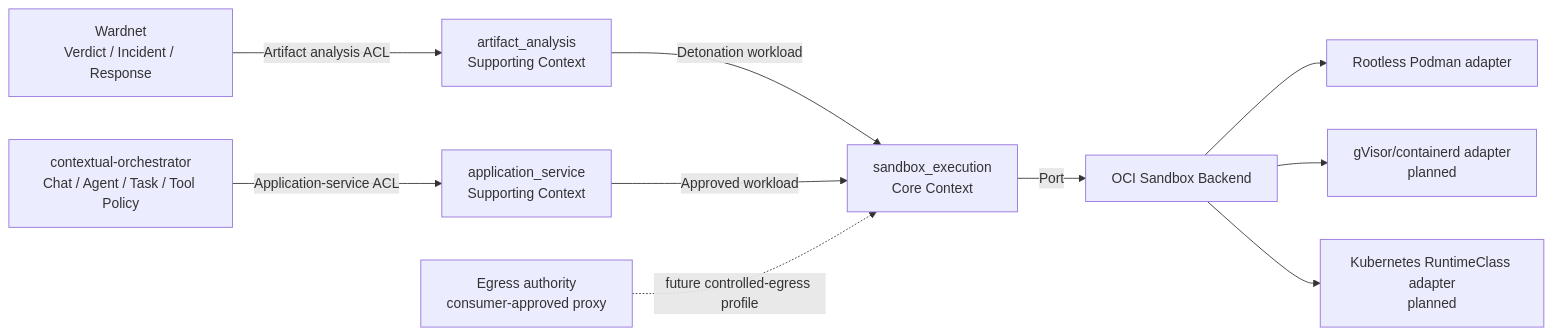
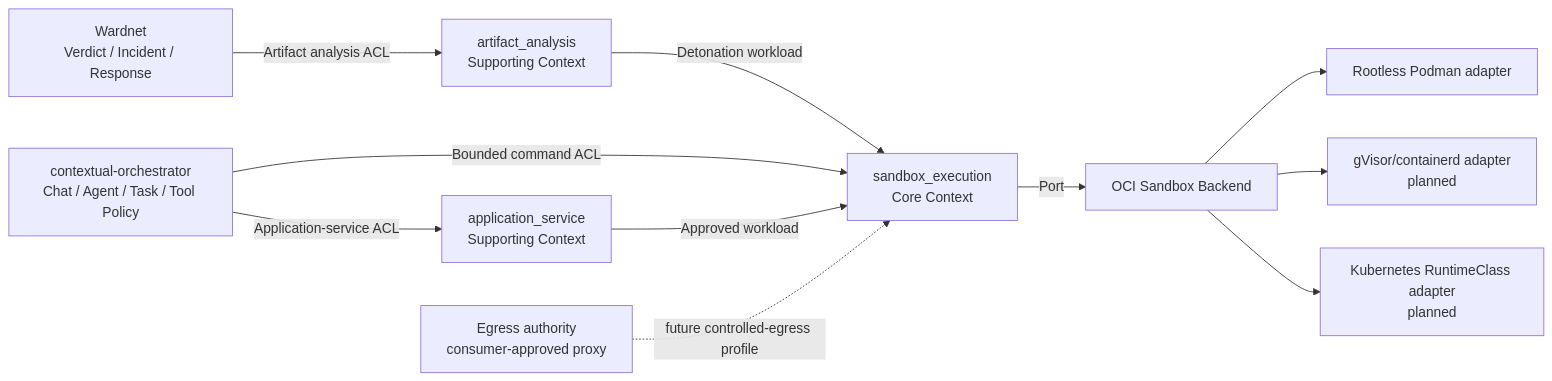
One commit to ContextualWisdomLab/quarantine-sandbox-runtime changed the first of 2 diagrams in docs/ARCHITECTURE.md. Above: the diagram before and after it, drawn with Mermaid. The commit also changed other lines of this file, not shown here.

Commit message:
docs(architecture): describe production gated command runtime

````diff
--- a/docs/ARCHITECTURE.md
+++ b/docs/ARCHITECTURE.md
@@ -64,15 +67,16 @@
 ```mermaid
 flowchart LR
     W[Wardnet\nVerdict / Incident / Response] -->|Artifact analysis ACL| A[artifact_analysis\nSupporting Context]
     A -->|Detonation workload| S[sandbox_execution\nCore Context]
 
     C[contextual-orchestrator\nChat / Agent / Task / Tool Policy] -->|Application-service ACL| P[application_service\nSupporting Context]
+    C -->|Bounded command ACL| S
     P -->|Approved workload| S
 
     S -->|Port| O[OCI Sandbox Backend]
     O --> P0[Rootless Podman adapter]
     O --> GV[gVisor/containerd adapter\nplanned]
     O --> KR[Kubernetes RuntimeClass adapter\nplanned]
 
     E[Egress authority\nconsumer-approved proxy] -. future controlled-egress profile .-> S
 ```
````
